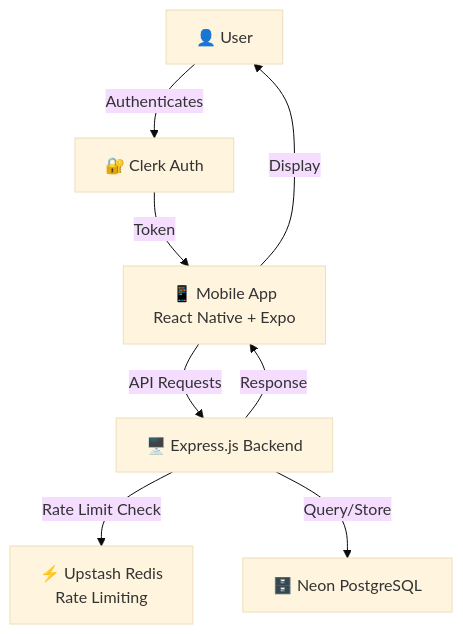
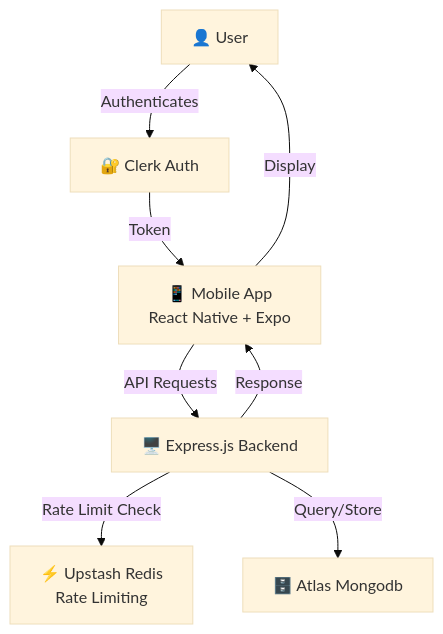
The first of 4 diagrams in README.md (muajjiin/Trackify), drawn with Mermaid (base theme) before and after one commit. The commit also changed other lines of this file, not shown here.

````diff
--- a/README.md
+++ b/README.md
@@ -57,17 +57,17 @@
 ```mermaid
 graph TB
     User["👤 User"]
     Mobile["📱 Mobile App<br/>React Native + Expo"]
     Clerk["🔐 Clerk Auth"]
     Backend["🖥️ Express.js Backend"]
     Redis["⚡ Upstash Redis<br/>Rate Limiting"]
-    Database["🗄️ Neon PostgreSQL"]
+    Database["🗄️ Atlas Mongodb"]
     
     User -->|Authenticates| Clerk
     Clerk -->|Token| Mobile
     Mobile -->|API Requests| Backend
     Backend -->|Rate Limit Check| Redis
     Backend -->|Query/Store| Database
     Backend -->|Response| Mobile
     Mobile -->|Display| User
 ```
````
